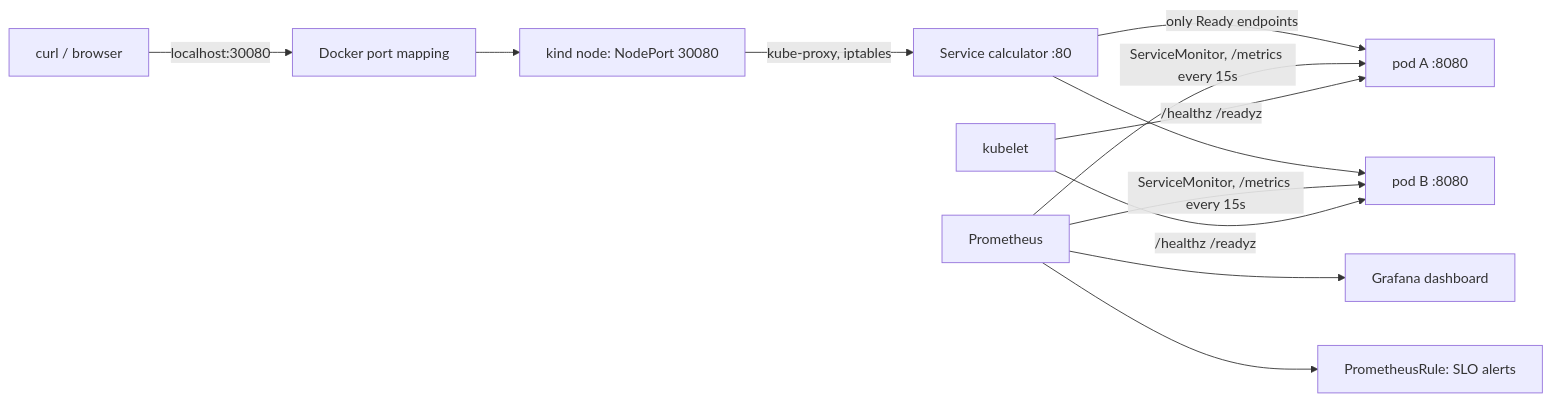
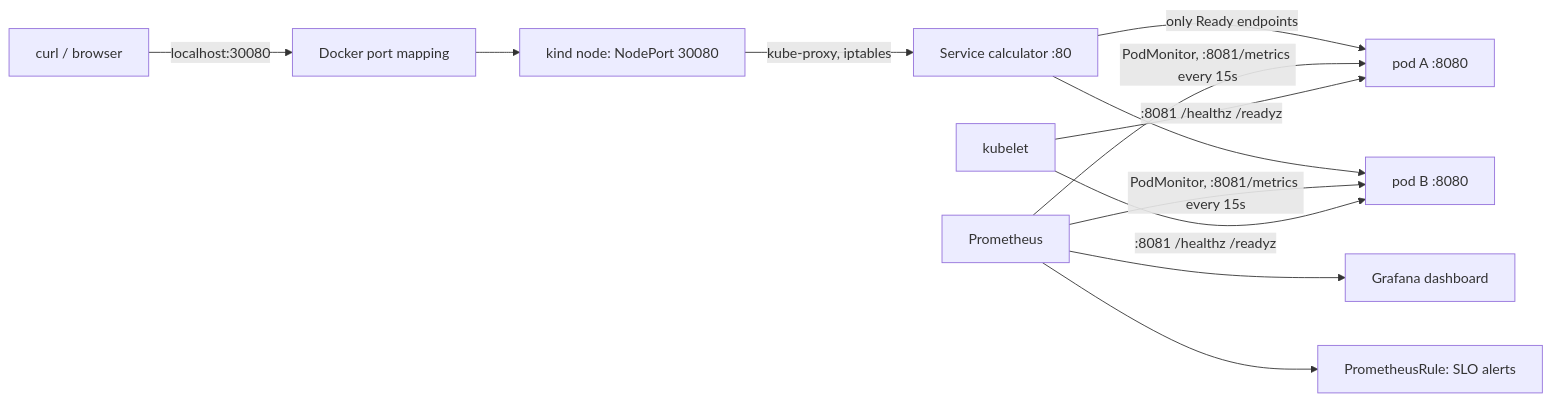
One commit to lokendra005/calculator_Assignment changed the diagram in docs/DECISIONS.md. Above: the diagram before and after it, drawn with Mermaid. The commit also changed other lines of this file and 17 other files, not shown here.

````diff
--- a/docs/DECISIONS.md
+++ b/docs/DECISIONS.md
@@ -9,12 +9,12 @@
 ```mermaid
 flowchart LR
   user[curl / browser] -->|localhost:30080| hostport[Docker port mapping]
   hostport --> nodeport[kind node: NodePort 30080]
   nodeport -->|kube-proxy, iptables| svc[Service calculator :80]
   svc -->|only Ready endpoints| p1[pod A :8080]
   svc --> p2[pod B :8080]
-  prom[Prometheus] -->|ServiceMonitor, /metrics every 15s| p1 & p2
-  kubelet -->|/healthz /readyz| p1 & p2
+  prom[Prometheus] -->|PodMonitor, :8081/metrics every 15s| p1 & p2
+  kubelet -->|:8081 /healthz /readyz| p1 & p2
   prom --> graf[Grafana dashboard]
   prom --> rules[PrometheusRule: SLO alerts]
 ```
````
